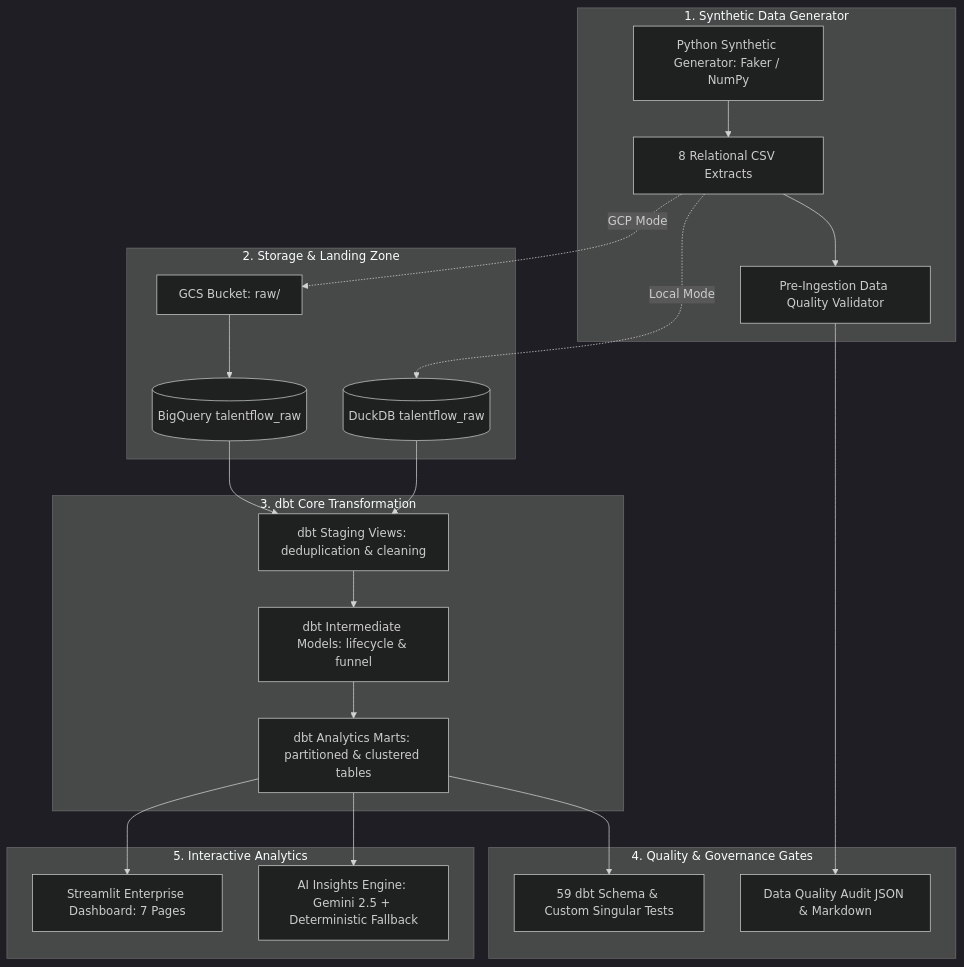
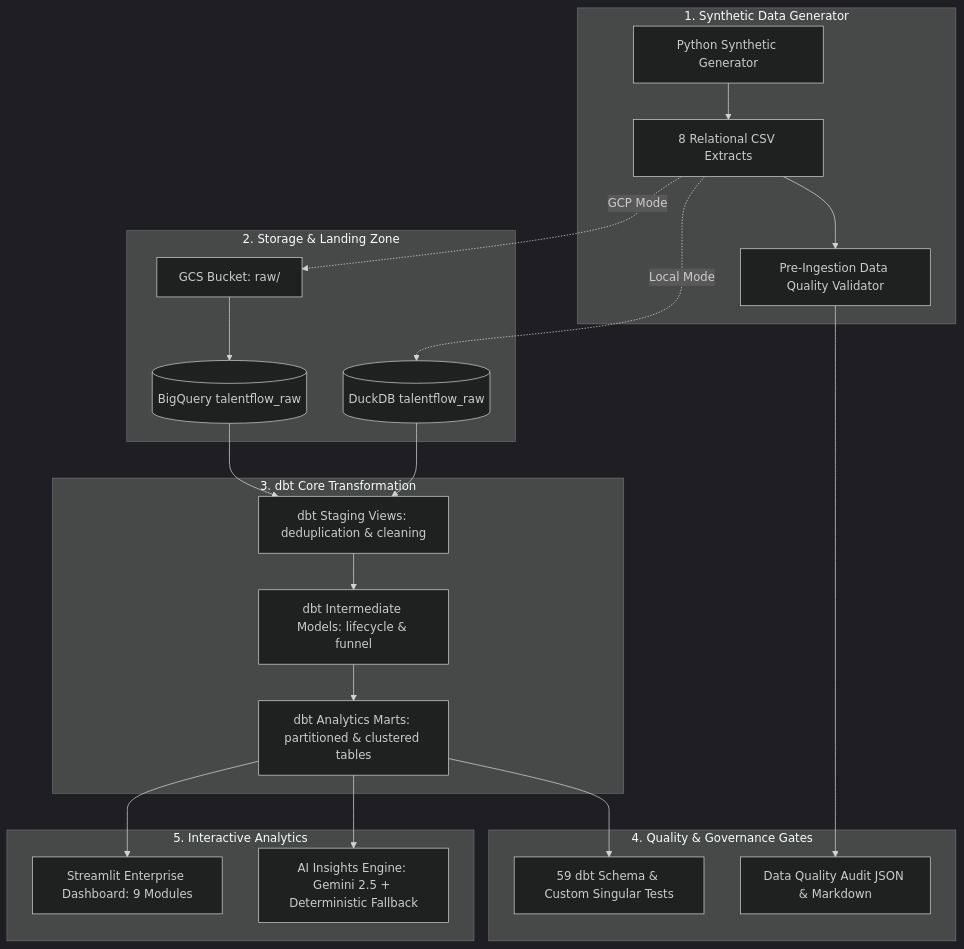
The diagram in README.md (Harshateja01/talentflow-analytics-platform), drawn with Mermaid (dark theme) before and after one commit. The commit also changed other lines of this file and 15 other files, not shown here.

````diff
--- a/README.md
+++ b/README.md
@@ -36,45 +39,45 @@
 ```mermaid
 flowchart TD
     subgraph Data_Generation [1. Synthetic Data Generator]
-        Gen[Python Synthetic Generator: Faker / NumPy]
+        Gen[Python Synthetic Generator]
         CSVs[8 Relational CSV Extracts]
         DQ_Pre[Pre-Ingestion Data Quality Validator]
         Gen --> CSVs
         CSVs --> DQ_Pre
     end
 
     subgraph Storage_Layer [2. Storage & Landing Zone]
         GCS[GCS Bucket: raw/]
         DuckDB_Raw[(DuckDB talentflow_raw)]
         BQ_Raw[(BigQuery talentflow_raw)]
         
         CSVs -. Local Mode .-> DuckDB_Raw
         CSVs -. GCP Mode .-> GCS
         GCS --> BQ_Raw
     end
 
     subgraph Transformation_Engine [3. dbt Core Transformation]
         Staging[dbt Staging Views: deduplication & cleaning]
         Intermediate[dbt Intermediate Models: lifecycle & funnel]
         Marts[dbt Analytics Marts: partitioned & clustered tables]
         
         DuckDB_Raw --> Staging
         BQ_Raw --> Staging
         Staging --> Intermediate
         Intermediate --> Marts
     end
 
     subgraph Quality_Governance [4. Quality & Governance Gates]
         dbt_Tests[59 dbt Schema & Custom Singular Tests]
         Audit_Rep[Data Quality Audit JSON & Markdown]
         Marts --> dbt_Tests
         DQ_Pre --> Audit_Rep
     end
 
     subgraph Stakeholder_Surfaces [5. Interactive Analytics]
-        Dashboard[Streamlit Enterprise Dashboard: 7 Pages]
+        Dashboard[Streamlit Enterprise Dashboard: 9 Modules]
         AI_Insights[AI Insights Engine: Gemini 2.5 + Deterministic Fallback]
         Marts --> Dashboard
         Marts --> AI_Insights
     end
 ```
````
